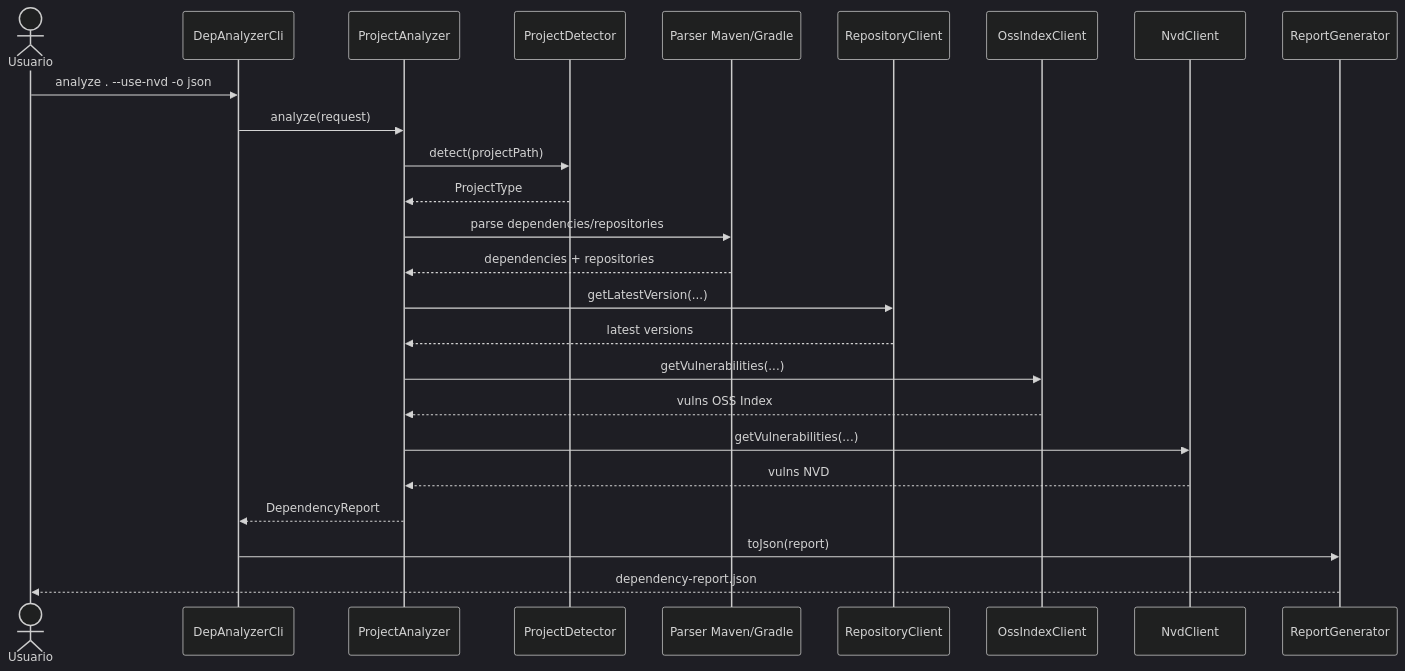
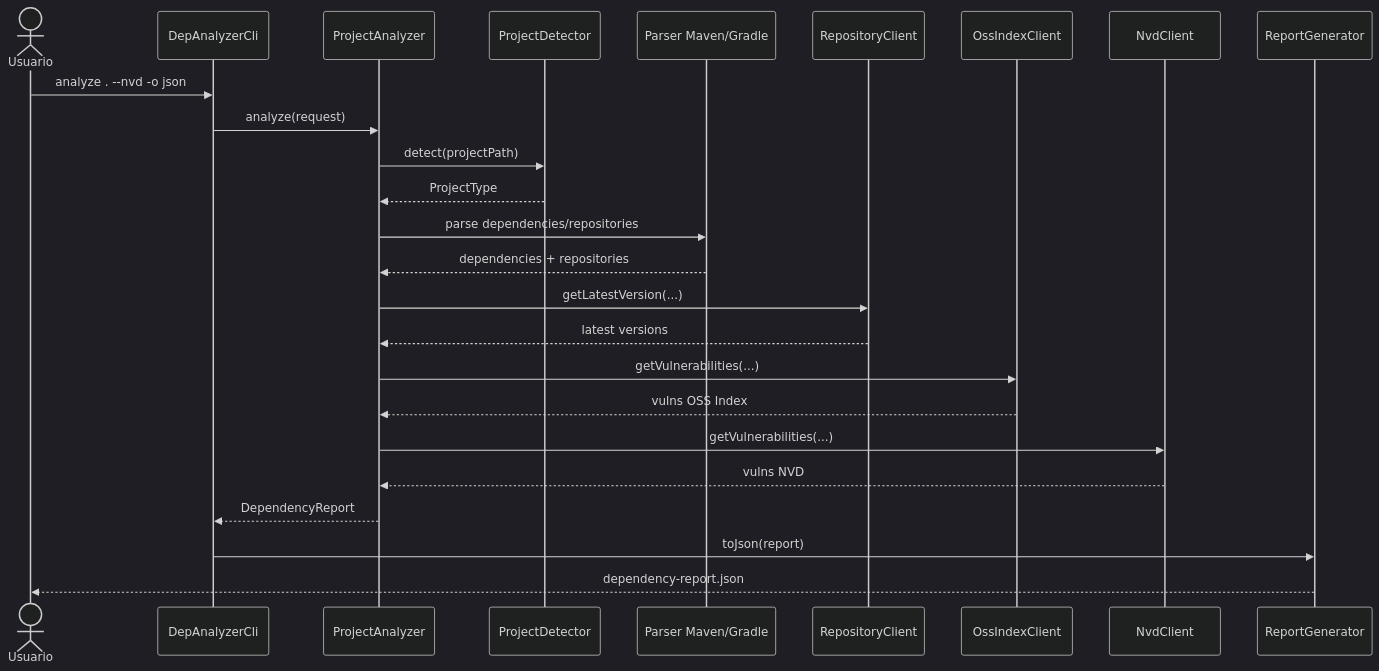
One commit to UPT-FAING-EPIS/proyecto-si784-2026-i-u1-analizador-de-dependencias changed the third of 11 diagrams in docs/FD04-EPIS-Informe Arquitectura de Software.md. Above: the diagram before and after it, drawn with Mermaid (dark theme). The commit also changed other lines of this file and 10 other files, not shown here.

````diff
--- a/docs/FD04-EPIS-Informe Arquitectura de Software.md
+++ b/docs/FD04-EPIS-Informe Arquitectura de Software.md
@@ -233,27 +234,27 @@
 ```mermaid
 sequenceDiagram
     actor Usuario
     participant CLI as DepAnalyzerCli
     participant PA as ProjectAnalyzer
     participant PD as ProjectDetector
     participant PR as Parser Maven/Gradle
     participant RC as RepositoryClient
     participant OI as OssIndexClient
     participant NVD as NvdClient
     participant RG as ReportGenerator
-    Usuario ->> CLI: analyze . --use-nvd -o json
+    Usuario ->> CLI: analyze . --nvd -o json
     CLI ->> PA: analyze(request)
     PA ->> PD: detect(projectPath)
     PD -->> PA: ProjectType
     PA ->> PR: parse dependencies/repositories
     PR -->> PA: dependencies + repositories
     PA ->> RC: getLatestVersion(...)
     RC -->> PA: latest versions
     PA ->> OI: getVulnerabilities(...)
     OI -->> PA: vulns OSS Index
     PA ->> NVD: getVulnerabilities(...)
     NVD -->> PA: vulns NVD
     PA -->> CLI: DependencyReport
     CLI ->> RG: toJson(report)
     RG -->> Usuario: dependency-report.json
 ```
````
